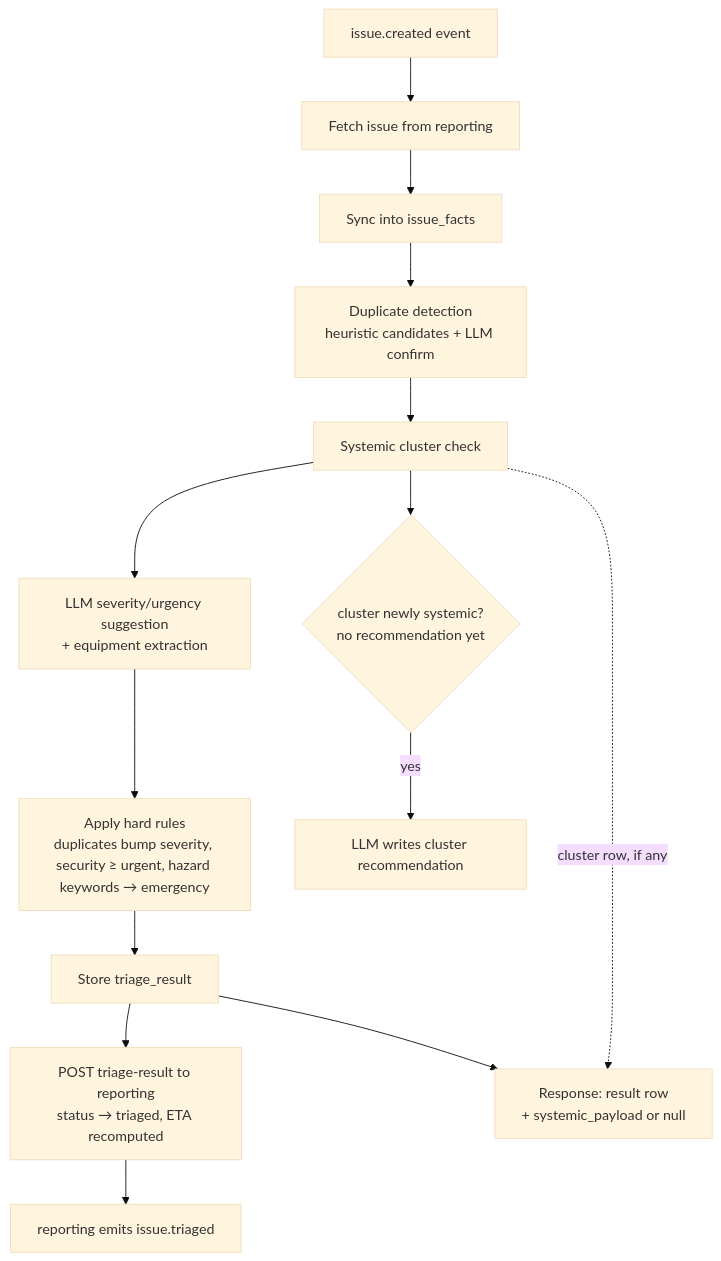
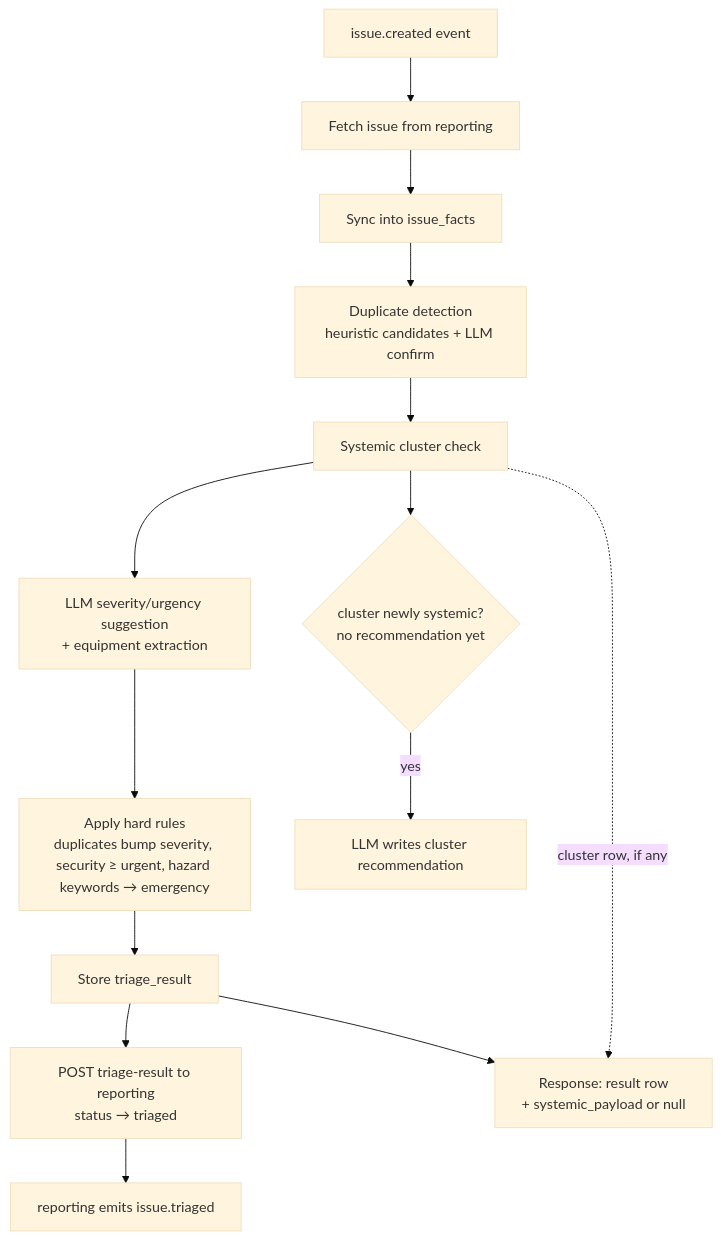
One commit to DeYuanChong/Incube2026_Grp3 changed the diagram in docs/05-triage-analytics.md. Above: the diagram before and after it, drawn with Mermaid (base theme). The commit also changed 1 other file, not shown here.

Commit message:
Clean up two more ETA references resurrected by the latest main merge
docs/05-triage-analytics.md and frontend/README.md came from origin/main's
independent history (predating our ETA-removal commit), same class of issue
as the earlier merge's cleanup.

Claude-Session: https://claude.ai/code/session_017Y721MxtDL8gKLyeGbxhgK

````diff
--- a/docs/05-triage-analytics.md
+++ b/docs/05-triage-analytics.md
@@ -514,16 +514,16 @@
 ```mermaid
 flowchart TD
     A[issue.created event] --> B[Fetch issue from reporting]
     B --> C[Sync into issue_facts]
     C --> D[Duplicate detection<br/>heuristic candidates + LLM confirm]
     D --> E[Systemic cluster check]
     E --> F[LLM severity/urgency suggestion<br/>+ equipment extraction]
     F --> G[Apply hard rules<br/>duplicates bump severity, security ≥ urgent, hazard keywords → emergency]
     G --> H[Store triage_result]
-    H --> I[POST triage-result to reporting<br/>status → triaged, ETA recomputed]
+    H --> I[POST triage-result to reporting<br/>status → triaged]
     I --> J[reporting emits issue.triaged]
     E --> K{cluster newly systemic?<br/>no recommendation yet}
     K -- yes --> L[LLM writes cluster recommendation]
     H --> N[Response: result row<br/>+ systemic_payload or null]
     E -.->|cluster row, if any| N
 ```
````
